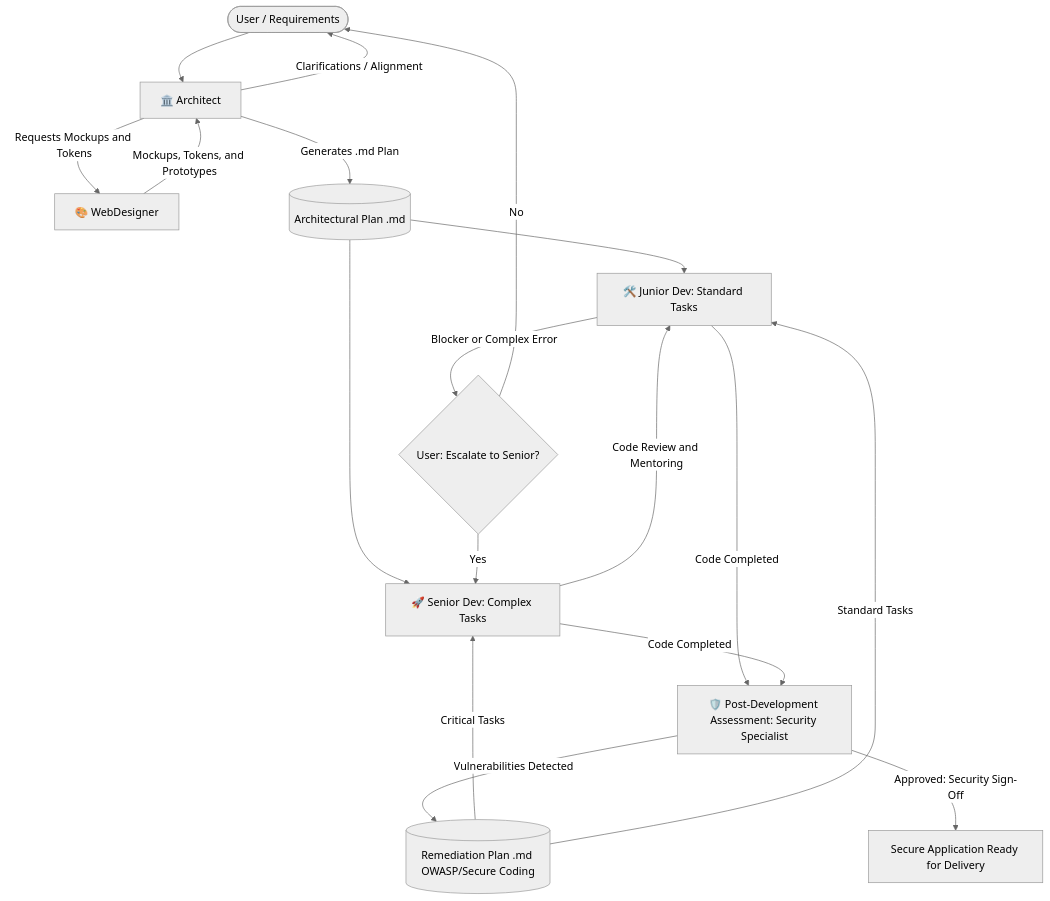
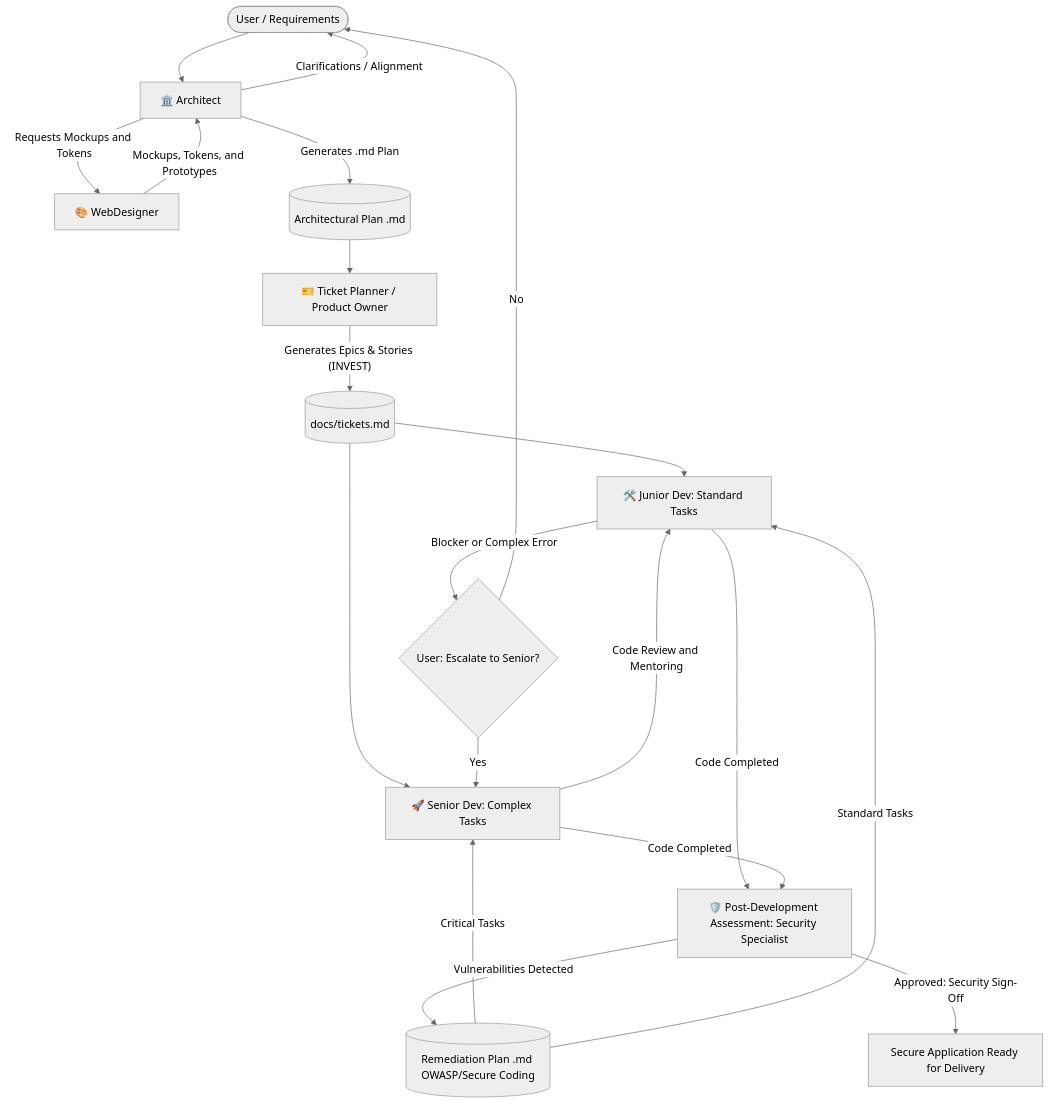
One commit to petherbcl/DevAgent changed the diagram in AGENTS.md. Above: the diagram before and after it, drawn with Mermaid (neutral theme). The commit also changed other lines of this file and 11 other files, not shown here.

Commit message:
feat: introduce ticket planner agent with backlog decomposition rules, templates, and skills

````diff
--- a/AGENTS.md
+++ b/AGENTS.md
@@ -69,23 +75,25 @@
 ```mermaid
 flowchart TD
     User([User / Requirements]) --> Arquiteto[🏛️ Architect]
     Arquiteto -- "Clarifications / Alignment" --> User
     Arquiteto -- "Requests Mockups and Tokens" --> WebDesigner[🎨 WebDesigner]
     WebDesigner -- "Mockups, Tokens, and Prototypes" --> Arquiteto
     Arquiteto -- "Generates .md Plan" --> Plan[(Architectural Plan .md)]
-    Plan --> DevJunior[🛠️ Junior Dev: Standard Tasks]
-    Plan --> DevSenior[🚀 Senior Dev: Complex Tasks]
+    Plan --> TicketPlanner[🎫 Ticket Planner / Product Owner]
+    TicketPlanner -- "Generates Epics & Stories (INVEST)" --> Tickets[(docs/tickets.md)]
+    Tickets --> DevJunior[🛠️ Junior Dev: Standard Tasks]
+    Tickets --> DevSenior[🚀 Senior Dev: Complex Tasks]
     DevJunior -- "Blocker or Complex Error" --> EscalaDuvida{User: Escalate to Senior?}
     EscalaDuvida -- "Yes" --> DevSenior
     EscalaDuvida -- "No" --> User
     DevSenior -- "Code Review and Mentoring" --> DevJunior
     
     DevJunior -- "Code Completed" --> SecurityGate[🛡️ Post-Development Assessment: Security Specialist]
     DevSenior -- "Code Completed" --> SecurityGate
     
     SecurityGate -- "Vulnerabilities Detected" --> SecPlan[(Remediation Plan .md OWASP/Secure Coding)]
     SecPlan -- "Critical Tasks" --> DevSenior
     SecPlan -- "Standard Tasks" --> DevJunior
     
     SecurityGate -- "Approved: Security Sign-Off" --> Build[Secure Application Ready for Delivery]
 ```
````
